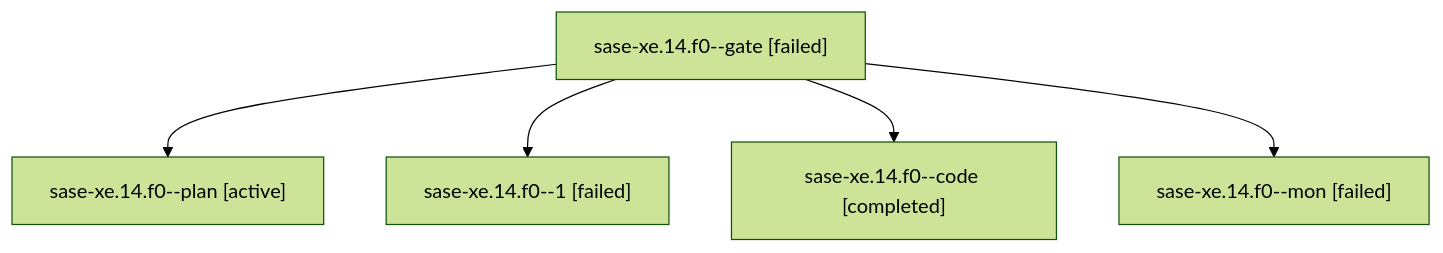
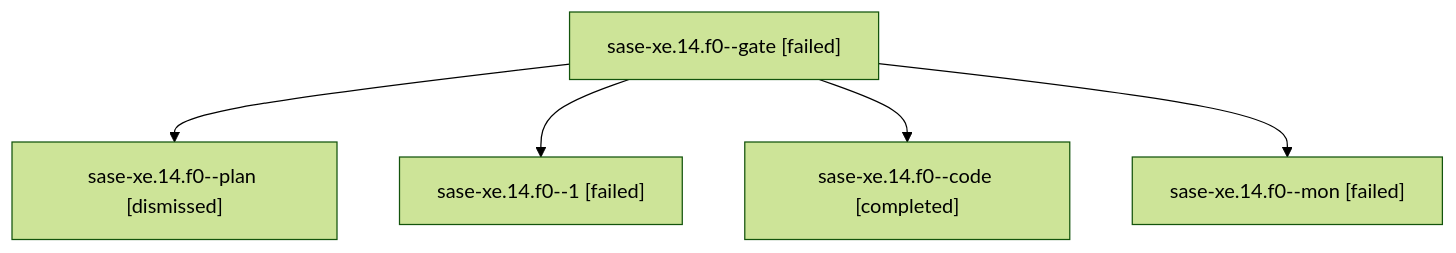
The diagram in sessions/bbugyi200.athena.sase-xe.14.f0.md (sase-org/sase--agents), drawn with Mermaid (forest theme) before and after one commit. The commit also changed other lines of this file and 277 other files, not shown here.

````diff
--- a/sessions/bbugyi200.athena.sase-xe.14.f0.md
+++ b/sessions/bbugyi200.athena.sase-xe.14.f0.md
@@ -9,12 +9,12 @@
 ```mermaid
 flowchart TD
   n0["sase-xe.14.f0--gate [failed]"]
-  n1["sase-xe.14.f0--plan [active]"]
+  n1["sase-xe.14.f0--plan [dismissed]"]
   n0 --> n1
   n2["sase-xe.14.f0--1 [failed]"]
   n0 --> n2
   n3["sase-xe.14.f0--code [completed]"]
   n0 --> n3
   n4["sase-xe.14.f0--mon [failed]"]
   n0 --> n4
 ```
````
